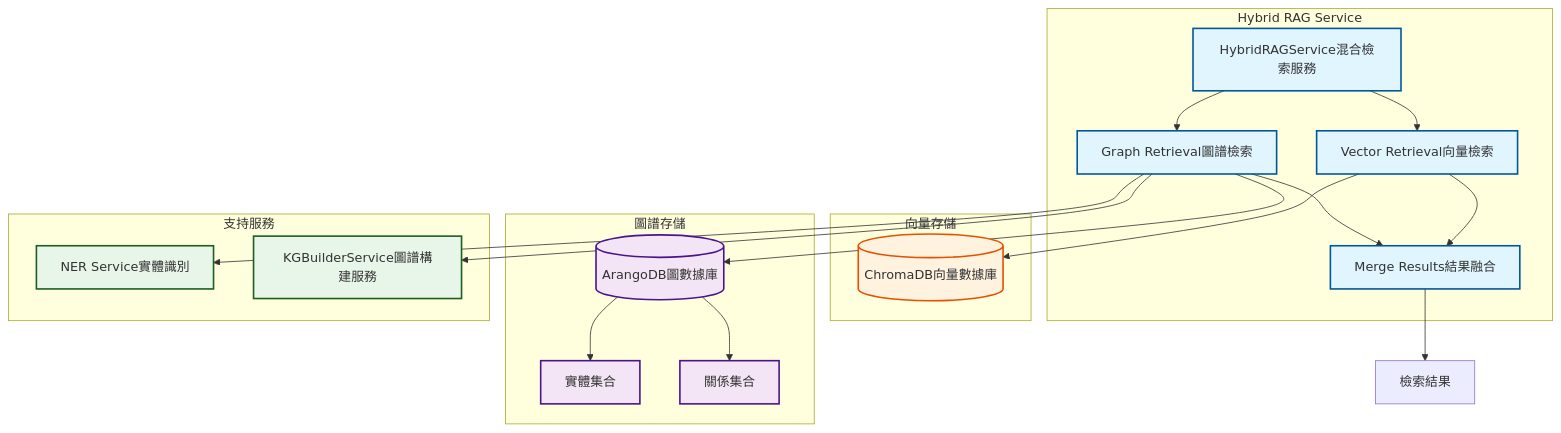
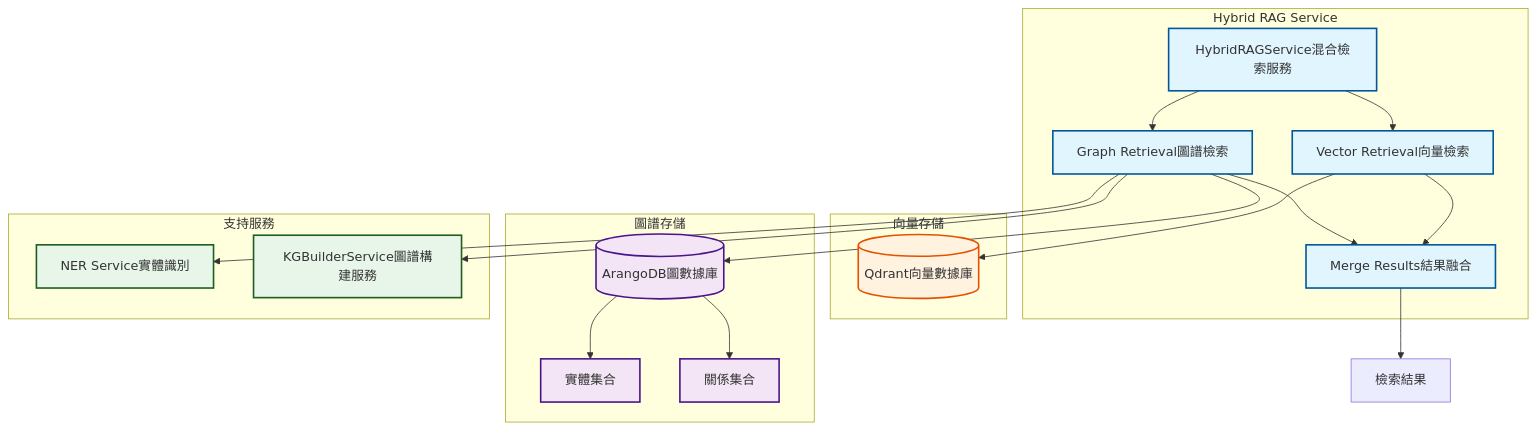
The first of 3 diagrams in docs/系统设计文档/核心组件/文件上傳向量圖譜/向量與圖檢索混合查詢邏輯.md (DanielChung520/AI-Box), drawn with Mermaid before and after one commit. The commit also changed other lines of this file and 431 other files, not shown here.

````diff
--- a/docs/系统设计文档/核心组件/文件上傳向量圖譜/向量與圖檢索混合查詢邏輯.md
+++ b/docs/系统设计文档/核心组件/文件上傳向量圖譜/向量與圖檢索混合查詢邏輯.md
@@ -178,46 +196,46 @@
 ```mermaid
 graph TD
     subgraph HybridRAG["Hybrid RAG Service"]
         HRS[HybridRAGService混合檢索服務]
         VS[Vector Retrieval向量檢索]
         GR[Graph Retrieval圖譜檢索]
         MR[Merge Results結果融合]
     end
 
     subgraph VectorStore["向量存儲"]
-        ChromaDB[(ChromaDB向量數據庫)]
+        Qdrant[(Qdrant向量數據庫)]
     end
 
     subgraph GraphStore["圖譜存儲"]
         ArangoDB[(ArangoDB圖數據庫)]
         Entities[實體集合]
         Relations[關係集合]
     end
 
     subgraph SupportServices["支持服務"]
         NER[NER Service實體識別]
         KGB[KGBuilderService圖譜構建服務]
     end
 
     HRS --> VS
     HRS --> GR
-    VS --> ChromaDB
+    VS --> Qdrant
     VS --> MR
     GR --> ArangoDB
     GR --> NER
     GR --> KGB
     GR --> MR
     ArangoDB --> Entities
     ArangoDB --> Relations
     MR --> Results[檢索結果]
 
     classDef hybrid fill:#e1f5fe,stroke:#01579b,stroke-width:2px
     classDef vector fill:#fff3e0,stroke:#e65100,stroke-width:2px
     classDef graphStyle fill:#f3e5f5,stroke:#4a148c,stroke-width:2px
     classDef support fill:#e8f5e9,stroke:#1b5e20,stroke-width:2px
 
     class HRS,VS,GR,MR hybrid
-    class ChromaDB vector
+    class Qdrant vector
     class ArangoDB,Entities,Relations graphStyle
     class NER,KGB support
 ```
````
